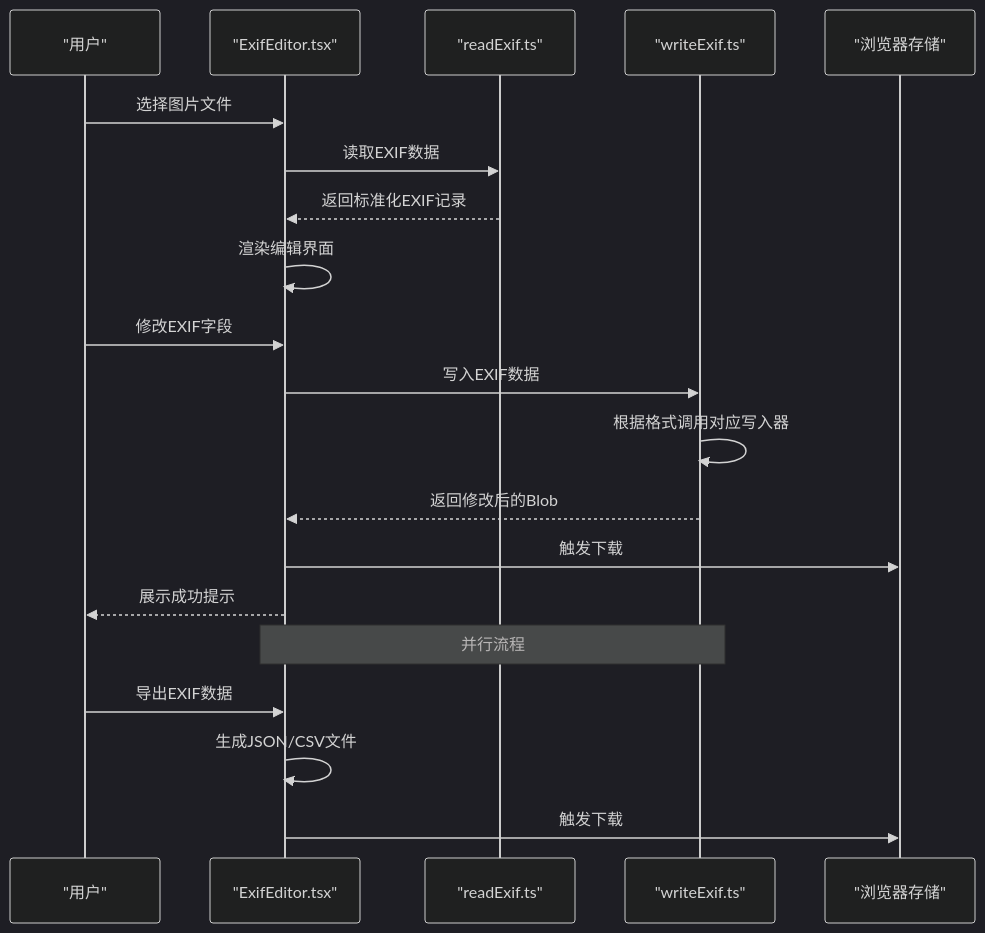
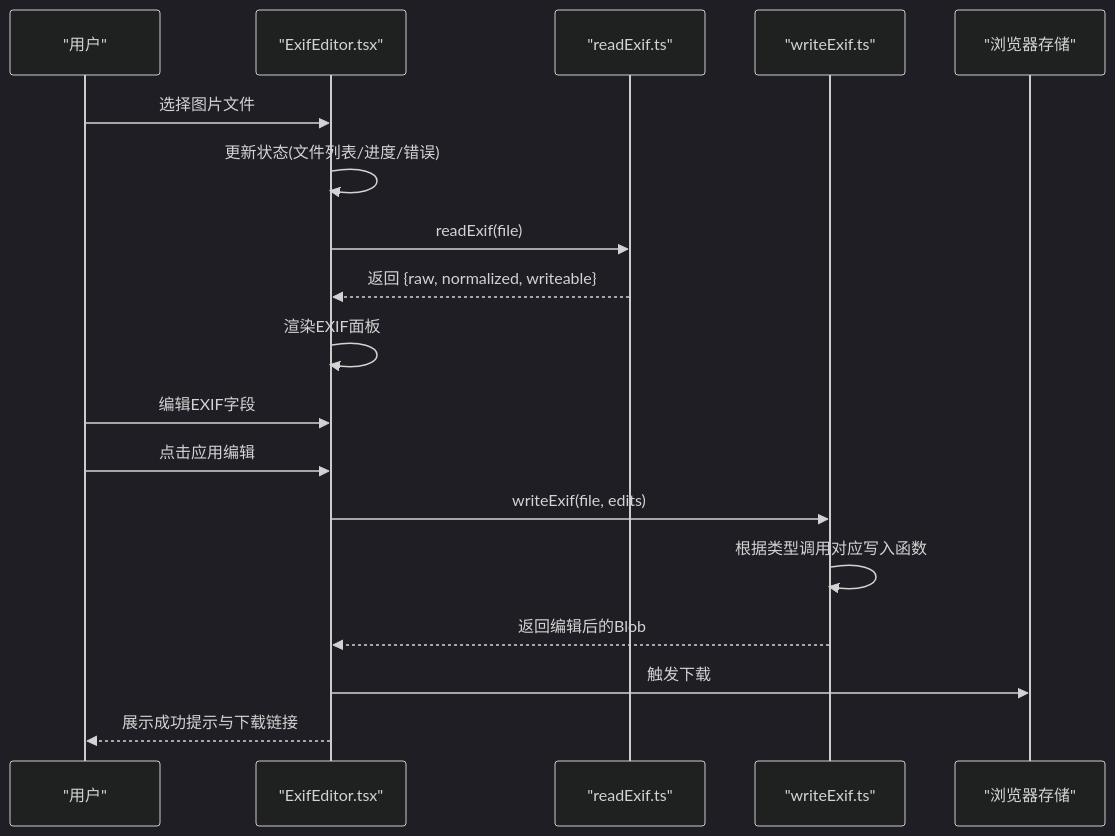
The second of 6 diagrams in .qoder/repowiki/zh/content/图像工具/EXIF管理.md (sgyy/privadeck), drawn with Mermaid (dark theme) before and after one commit. The commit also changed other lines of this file and 23 other files, not shown here.

````diff
--- a/.qoder/repowiki/zh/content/图像工具/EXIF管理.md
+++ b/.qoder/repowiki/zh/content/图像工具/EXIF管理.md
@@ -203,22 +169,20 @@
 ```mermaid
 sequenceDiagram
 participant U as "用户"
-participant EE as "ExifEditor.tsx"
-participant LG as "readExif.ts"
-participant WE as "writeExif.ts"
+participant UI as "ExifEditor.tsx"
+participant RL as "readExif.ts"
+participant WT as "writeExif.ts"
 participant FS as "浏览器存储"
-U->>EE : 选择图片文件
-EE->>LG : 读取EXIF数据
-LG-->>EE : 返回标准化EXIF记录
-EE->>EE : 渲染编辑界面
-U->>EE : 修改EXIF字段
-EE->>WE : 写入EXIF数据
-WE->>WE : 根据格式调用对应写入器
-WE-->>EE : 返回修改后的Blob
-EE->>FS : 触发下载
-EE-->>U : 展示成功提示
-Note over EE,WE : 并行流程
-U->>EE : 导出EXIF数据
-EE->>EE : 生成JSON/CSV文件
-EE->>FS : 触发下载
+U->>UI : 选择图片文件
+UI->>UI : 更新状态(文件列表/进度/错误)
+UI->>RL : readExif(file)
+RL-->>UI : 返回 {raw, normalized, writeable}
+UI->>UI : 渲染EXIF面板
+U->>UI : 编辑EXIF字段
+U->>UI : 点击应用编辑
+UI->>WT : writeExif(file, edits)
+WT->>WT : 根据类型调用对应写入函数
+WT-->>UI : 返回编辑后的Blob
+UI->>FS : 触发下载
+UI-->>U : 展示成功提示与下载链接
 ```
````
